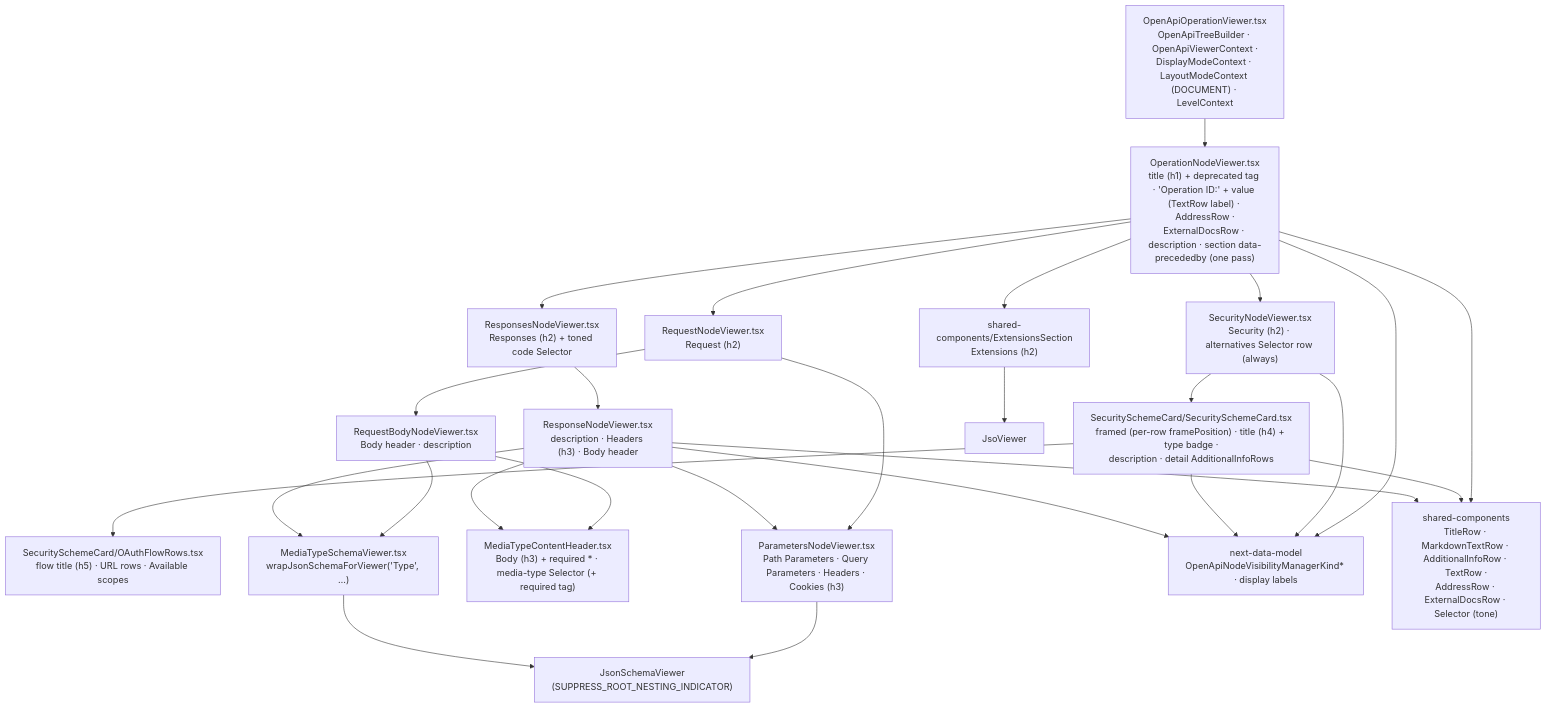
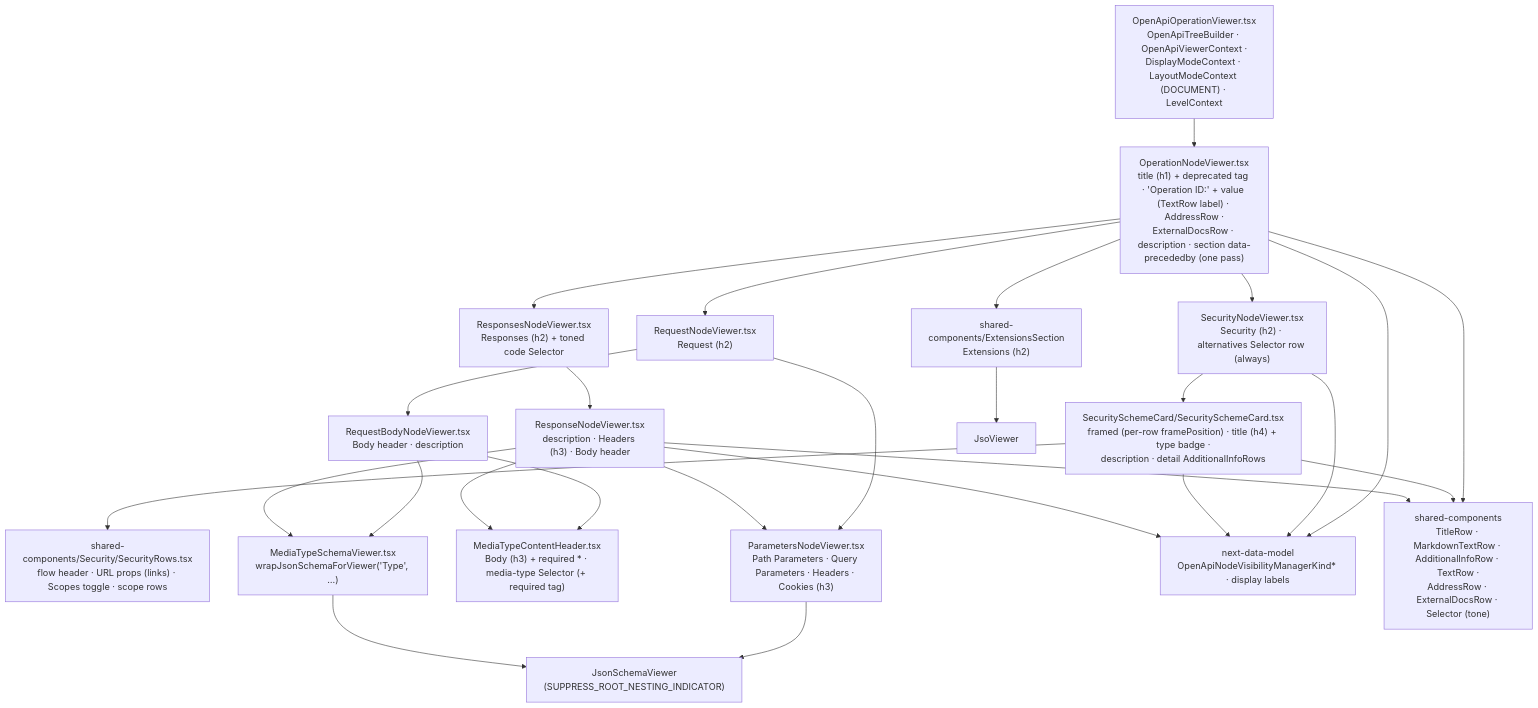
Before and after one commit to Netcracker/qubership-apihub-api-doc-viewer: the diagram in docs/design/openapi/architecture/viewer-plain.md, drawn with Mermaid. The commit also changed 23 other files, not shown here.

````diff
--- a/docs/design/openapi/architecture/viewer-plain.md
+++ b/docs/design/openapi/architecture/viewer-plain.md
@@ -8,46 +8,46 @@
 ```mermaid
 flowchart TB
   Root["OpenApiOperationViewer.tsx<br/>OpenApiTreeBuilder · OpenApiViewerContext ·<br/>DisplayModeContext · LayoutModeContext (DOCUMENT) · LevelContext"]
   Operation["OperationNodeViewer.tsx<br/>title (h1) + deprecated tag · 'Operation ID:' + value (TextRow label) · AddressRow ·<br/>ExternalDocsRow · description · section data-precededby (one pass)"]
   Security["SecurityNodeViewer.tsx<br/>Security (h2) · alternatives Selector row (always)"]
   Card["SecuritySchemeCard/SecuritySchemeCard.tsx<br/>framed (per-row framePosition) · title (h4) + type badge ·<br/>description · detail AdditionalInfoRows"]
-  Flow["SecuritySchemeCard/OAuthFlowRows.tsx<br/>flow title (h5) · URL rows · Available scopes"]
+  Flow["shared-components/Security/SecurityRows.tsx<br/>flow header · URL props (links) · Scopes toggle · scope rows"]
   Extensions["shared-components/ExtensionsSection<br/>Extensions (h2)"]
   Request["RequestNodeViewer.tsx<br/>Request (h2)"]
   Params["ParametersNodeViewer.tsx<br/>Path Parameters · Query Parameters · Headers · Cookies (h3)"]
   Body["RequestBodyNodeViewer.tsx<br/>Body header · description"]
   BodyHeader["MediaTypeContentHeader.tsx<br/>Body (h3) + required * · media-type Selector (+ required tag)"]
   Responses["ResponsesNodeViewer.tsx<br/>Responses (h2) + toned code Selector"]
   Response["ResponseNodeViewer.tsx<br/>description · Headers (h3) · Body header"]
   MediaSchema["MediaTypeSchemaViewer.tsx<br/>wrapJsonSchemaForViewer('Type', …)"]
   Visibility["next-data-model<br/>OpenApiNodeVisibilityManagerKind* · display labels"]
   JsonSchema["JsonSchemaViewer<br/>(SUPPRESS_ROOT_NESTING_INDICATOR)"]
   Jso["JsoViewer"]
   SharedRows["shared-components<br/>TitleRow · MarkdownTextRow · AdditionalInfoRow · TextRow ·<br/>AddressRow · ExternalDocsRow · Selector (tone)"]
 
   Root --> Operation
   Operation --> Security
   Operation --> Extensions
   Operation --> Request
   Operation --> Responses
   Security --> Card
   Card --> Flow
   Request --> Params
   Request --> Body
   Body --> BodyHeader
   Body --> MediaSchema
   Responses --> Response
   Response --> Params
   Response --> BodyHeader
   Response --> MediaSchema
   Params --> JsonSchema
   MediaSchema --> JsonSchema
   Extensions --> Jso
   Operation --> Visibility
   Security --> Visibility
   Card --> Visibility
   Response --> Visibility
   Operation --> SharedRows
   Card --> SharedRows
   Response --> SharedRows
 ```
````
